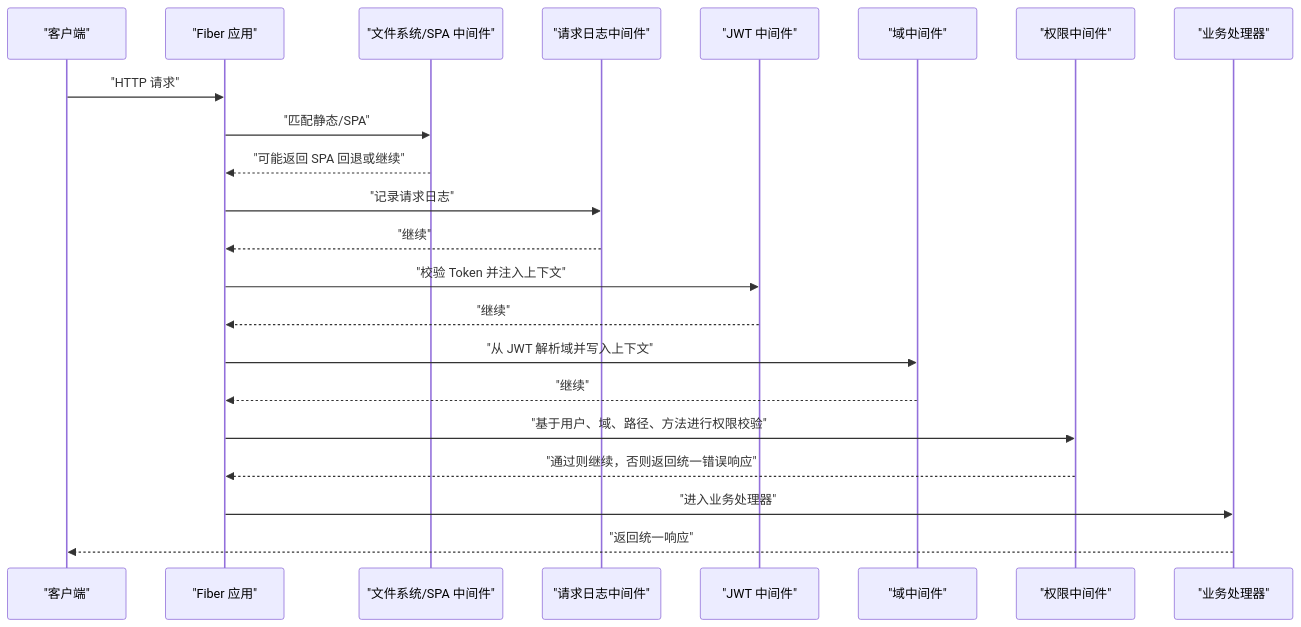
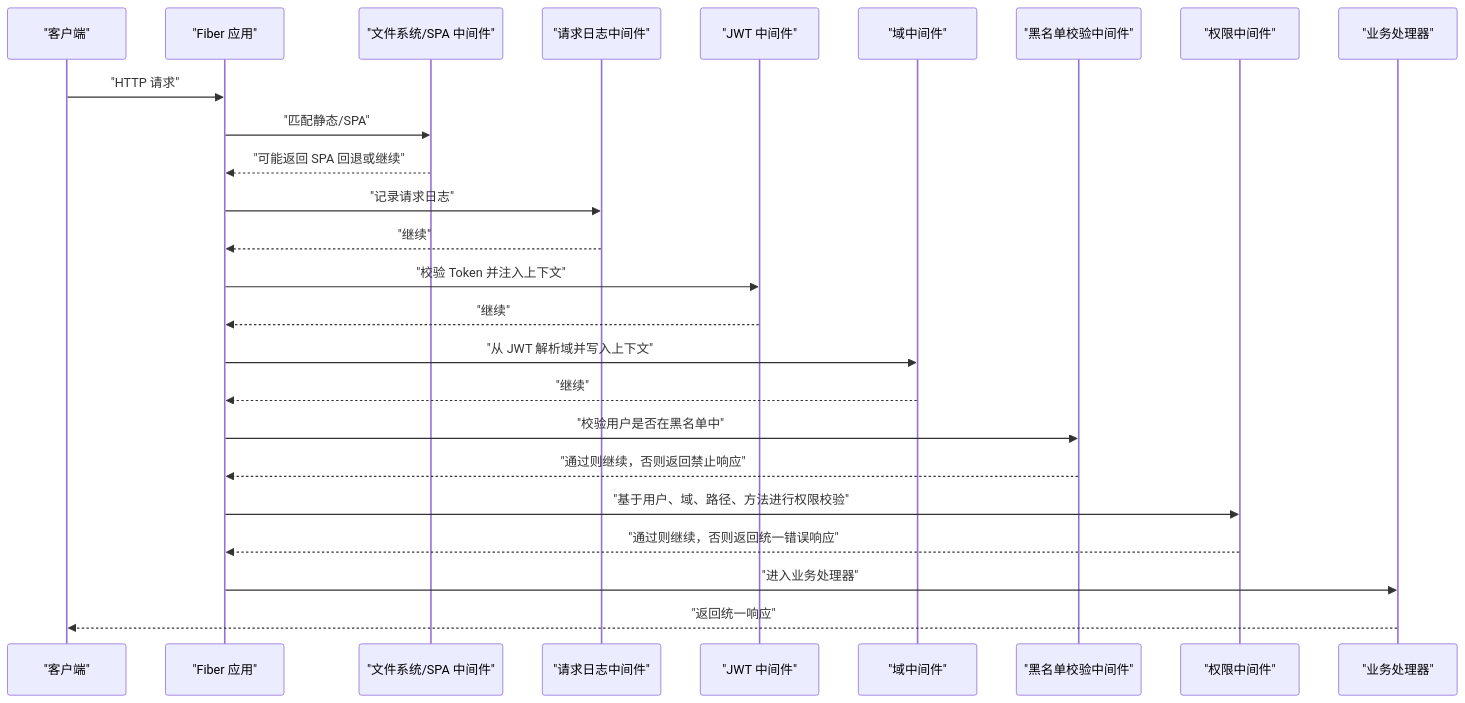
The second of 7 diagrams in .qoder/repowiki/zh/content/中间件系统/中间件系统.md (wuwuseo/e-sports-go-admin), drawn with Mermaid before and after one commit. The commit also changed other lines of this file and 42 other files, not shown here.

````diff
--- a/.qoder/repowiki/zh/content/中间件系统/中间件系统.md
+++ b/.qoder/repowiki/zh/content/中间件系统/中间件系统.md
@@ -93,24 +99,27 @@
 ```mermaid
 sequenceDiagram
 participant Client as "客户端"
 participant Fiber as "Fiber 应用"
 participant FS as "文件系统/SPA 中间件"
 participant Log as "请求日志中间件"
 participant JWT as "JWT 中间件"
 participant Domain as "域中间件"
+participant Blacklist as "黑名单校验中间件"
 participant Perm as "权限中间件"
 participant Handler as "业务处理器"
 Client->>Fiber : "HTTP 请求"
 Fiber->>FS : "匹配静态/SPA"
 FS-->>Fiber : "可能返回 SPA 回退或继续"
 Fiber->>Log : "记录请求日志"
 Log-->>Fiber : "继续"
 Fiber->>JWT : "校验 Token 并注入上下文"
 JWT-->>Fiber : "继续"
 Fiber->>Domain : "从 JWT 解析域并写入上下文"
 Domain-->>Fiber : "继续"
+Fiber->>Blacklist : "校验用户是否在黑名单中"
+Blacklist-->>Fiber : "通过则继续，否则返回禁止响应"
 Fiber->>Perm : "基于用户、域、路径、方法进行权限校验"
 Perm-->>Fiber : "通过则继续，否则返回统一错误响应"
 Fiber->>Handler : "进入业务处理器"
 Handler-->>Client : "返回统一响应"
 ```
````
